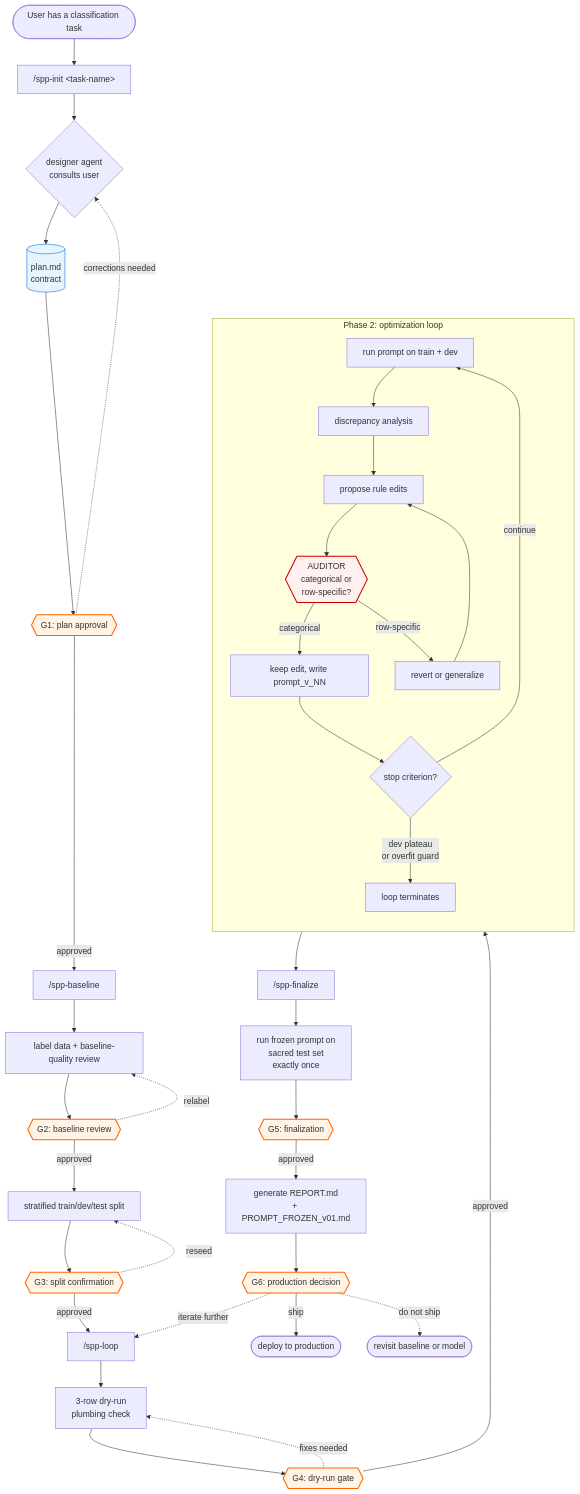
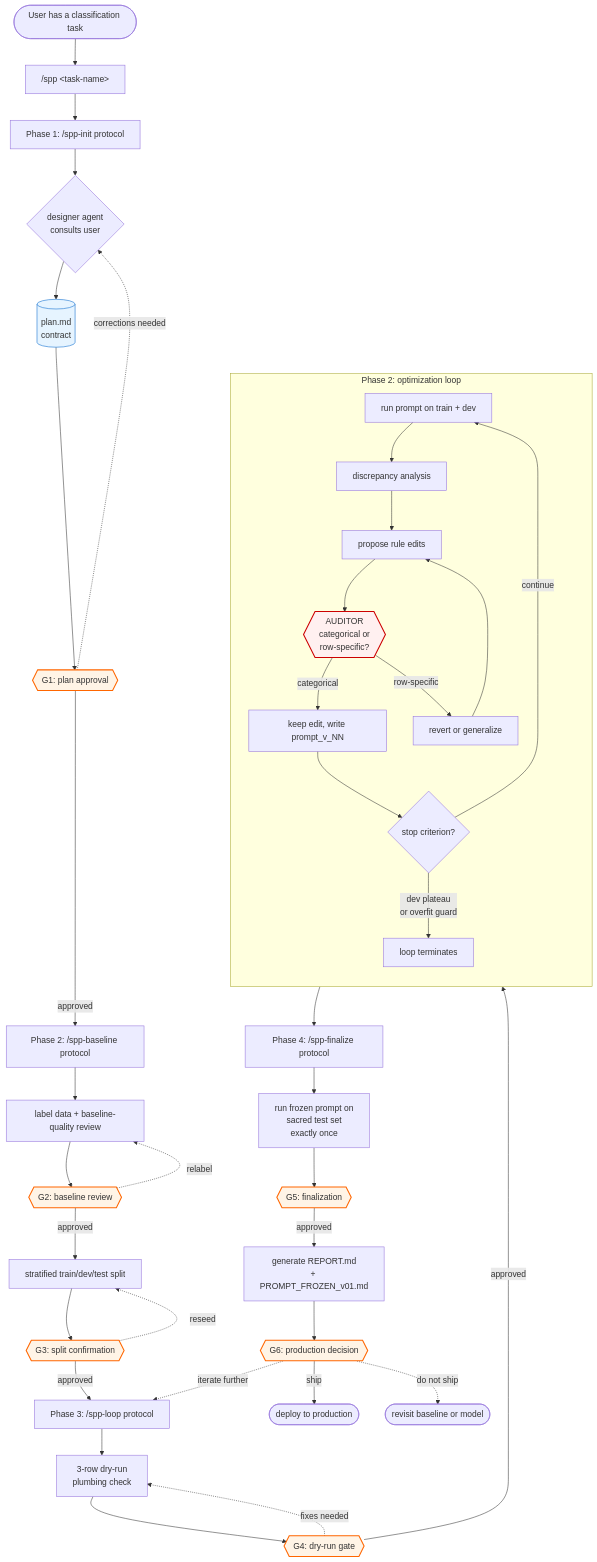
One commit to JayLBean/supervised-prompt-producer changed the diagram in README.md. Above: the diagram before and after it, drawn with Mermaid. The commit also changed other lines of this file and 37 other files, not shown here.

````diff
--- a/README.md
+++ b/README.md
@@ -155,52 +155,53 @@
 ```mermaid
 flowchart TD
-    Start([User has a classification task]) --> Init["/spp-init &lt;task-name&gt;"]
+    Start([User has a classification task]) --> Invoke["/spp &lt;task-name&gt;"]
+    Invoke --> Init["Phase 1: /spp-init protocol"]
     Init --> Designer{designer agent<br/>consults user}
     Designer --> Plan[("plan.md<br/>contract")]
     Plan --> G1{{"G1: plan approval"}}
 
-    G1 -->|approved| Baseline["/spp-baseline"]
+    G1 -->|approved| Baseline["Phase 2: /spp-baseline protocol"]
     G1 -.->|corrections needed| Designer
 
     Baseline --> Label[label data + baseline-quality review]
     Label --> G2{{"G2: baseline review"}}
     G2 -->|approved| Split[stratified train/dev/test split]
     G2 -.->|relabel| Label
     Split --> G3{{"G3: split confirmation"}}
-    G3 -->|approved| Loop["/spp-loop"]
+    G3 -->|approved| Loop["Phase 3: /spp-loop protocol"]
     G3 -.->|reseed| Split
 
     Loop --> DryRun[3-row dry-run<br/>plumbing check]
     DryRun --> G4{{"G4: dry-run gate"}}
     G4 -->|approved| Iterate
 
     subgraph Iteration["Phase 2: optimization loop"]
         direction TB
         Iterate[run prompt on train + dev] --> Discrepancy[discrepancy analysis]
         Discrepancy --> ProposeEdits[propose rule edits]
         ProposeEdits --> Auditor{{"AUDITOR<br/>categorical or<br/>row-specific?"}}
         Auditor -->|categorical| KeepEdit[keep edit, write prompt_v_NN]
         Auditor -->|row-specific| FlagEdit[revert or generalize]
         FlagEdit --> ProposeEdits
         KeepEdit --> CheckStop{stop criterion?}
         CheckStop -->|dev plateau<br/>or overfit guard| Stop[loop terminates]
         CheckStop -->|continue| Iterate
     end
 
     G4 -.->|fixes needed| DryRun
-    Stop --> Finalize["/spp-finalize"]
+    Stop --> Finalize["Phase 4: /spp-finalize protocol"]
     Finalize --> SacredTest[run frozen prompt on<br/>sacred test set<br/>exactly once]
     SacredTest --> G5{{"G5: finalization"}}
     G5 -->|approved| Report["generate REPORT.md<br/>+ PROMPT_FROZEN_v01.md"]
     Report --> G6{{"G6: production decision"}}
     G6 -->|ship| Ship([deploy to production])
     G6 -.->|iterate further| Loop
     G6 -.->|do not ship| Stop2([revisit baseline or model])
 
     classDef gate fill:#fff4e6,stroke:#ff6600,stroke-width:2px
     classDef artifact fill:#e6f4ff,stroke:#0066cc,stroke-width:1px
     classDef auditor fill:#fff0f0,stroke:#cc0000,stroke-width:2px
     class G1,G2,G3,G4,G5,G6 gate
     class Plan artifact
     class Auditor auditor
 ```
````
